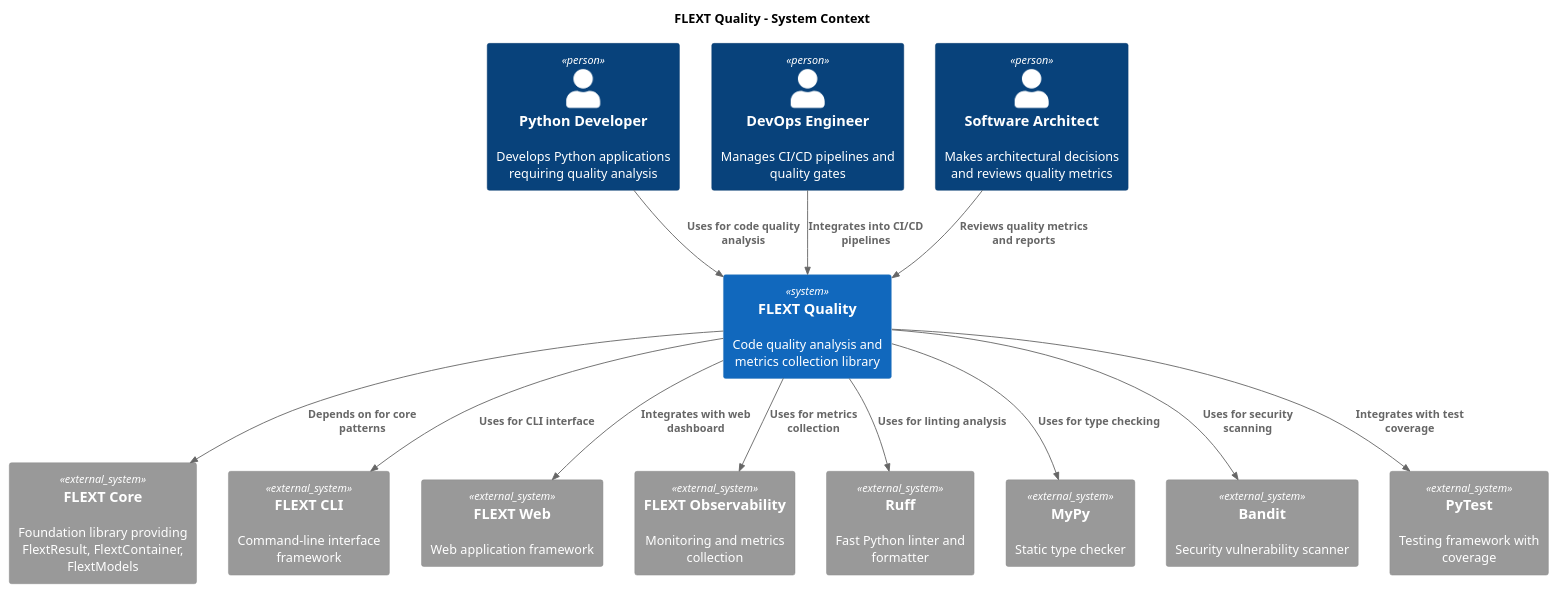
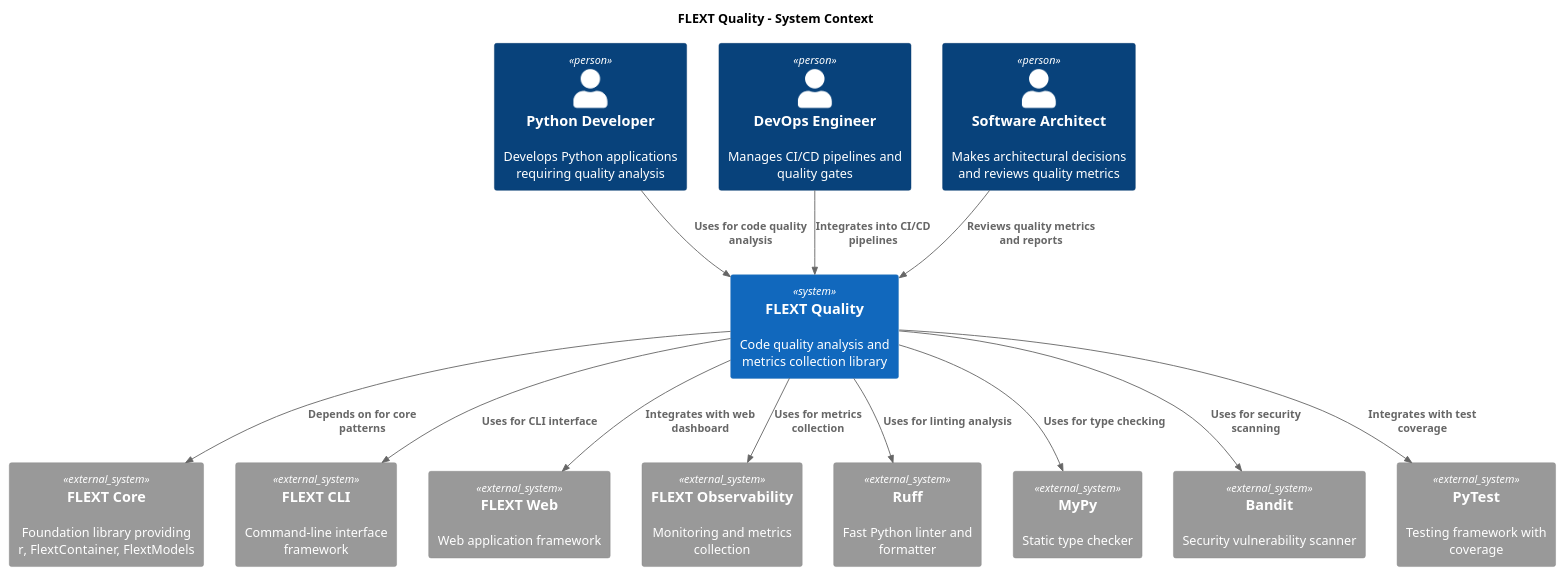
One commit to flext-sh/flext-quality changed the diagram in docs/architecture/README.md. Above: the diagram before and after it, drawn with PlantUML. The commit also changed other lines of this file and 19 other files, not shown here.

````diff
--- a/docs/architecture/README.md
+++ b/docs/architecture/README.md
@@ -131,38 +131,38 @@
 ```plantuml
 @startuml FLEXT Quality - System Context
 !include https://raw.githubusercontent.com/plantuml-stdlib/C4-PlantUML/master/C4_Context.puml
 
 title FLEXT Quality - System Context
 
 Person(developer, "Python Developer", "Develops Python applications requiring quality analysis")
 Person(devops, "DevOps Engineer", "Manages CI/CD pipelines and quality gates")
 Person(architect, "Software Architect", "Makes architectural decisions and reviews quality metrics")
 
 System(flext_quality, "FLEXT Quality", "Code quality analysis and metrics collection library")
 
-System_Ext(flext_core, "FLEXT Core", "Foundation library providing FlextResult, FlextContainer, FlextModels")
+System_Ext(flext_core, "FLEXT Core", "Foundation library providing r, FlextContainer, FlextModels")
 System_Ext(flext_cli, "FLEXT CLI", "Command-line interface framework")
 System_Ext(flext_web, "FLEXT Web", "Web application framework")
 System_Ext(flext_observability, "FLEXT Observability", "Monitoring and metrics collection")
 
 System_Ext(ruff, "Ruff", "Fast Python linter and formatter")
 System_Ext(mypy, "MyPy", "Static type checker")
 System_Ext(bandit, "Bandit", "Security vulnerability scanner")
 System_Ext(pytest, "PyTest", "Testing framework with coverage")
 
 Rel(developer, flext_quality, "Uses for code quality analysis")
 Rel(devops, flext_quality, "Integrates into CI/CD pipelines")
 Rel(architect, flext_quality, "Reviews quality metrics and reports")
 
 Rel(flext_quality, flext_core, "Depends on for core patterns")
 Rel(flext_quality, flext_cli, "Uses for CLI interface")
 Rel(flext_quality, flext_web, "Integrates with web dashboard")
 Rel(flext_quality, flext_observability, "Uses for metrics collection")
 
 Rel(flext_quality, ruff, "Uses for linting analysis")
 Rel(flext_quality, mypy, "Uses for type checking")
 Rel(flext_quality, bandit, "Uses for security scanning")
 Rel(flext_quality, pytest, "Integrates with test coverage")
 
 @enduml
 ```
````
